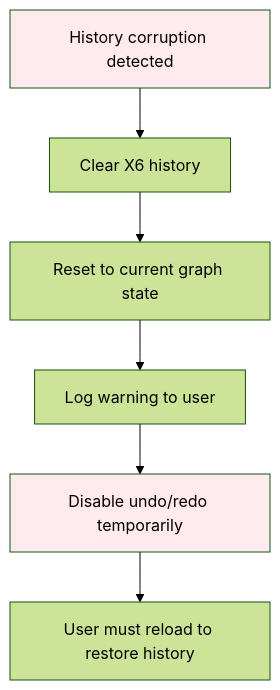
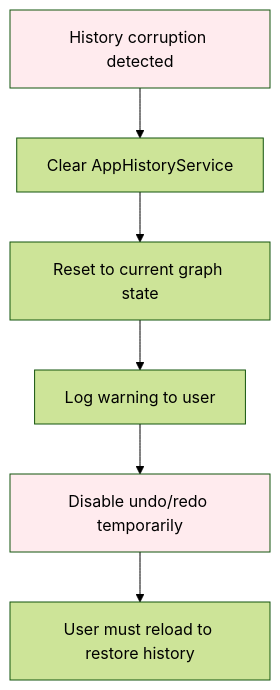
Diagram 15 of 15 in docs/migrated/reference/architecture/dfd-change-propagation/autosave-decision-tree.md (ericfitz/tmi-ux), drawn with Mermaid (forest theme) before and after one commit. The commit also changed other lines of this file and 1 other file, not shown here.

````diff
--- a/docs/migrated/reference/architecture/dfd-change-propagation/autosave-decision-tree.md
+++ b/docs/migrated/reference/architecture/dfd-change-propagation/autosave-decision-tree.md
@@ -323,11 +326,11 @@
 ```mermaid
 flowchart TD
-    A[History corruption detected] --> B[Clear X6 history]
+    A[History corruption detected] --> B[Clear AppHistoryService]
     B --> C[Reset to current graph state]
     C --> D[Log warning to user]
     D --> E[Disable undo/redo temporarily]
     E --> F[User must reload to restore history]
 
     style A fill:#ffebee
     style E fill:#ffebee
 ```
````
